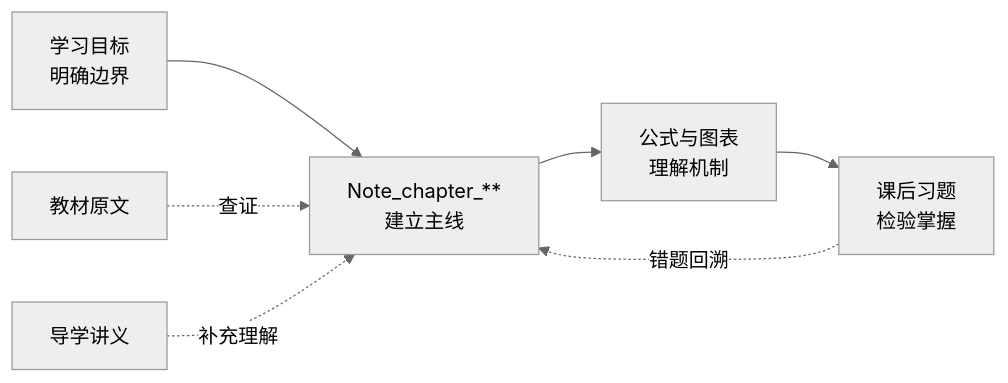
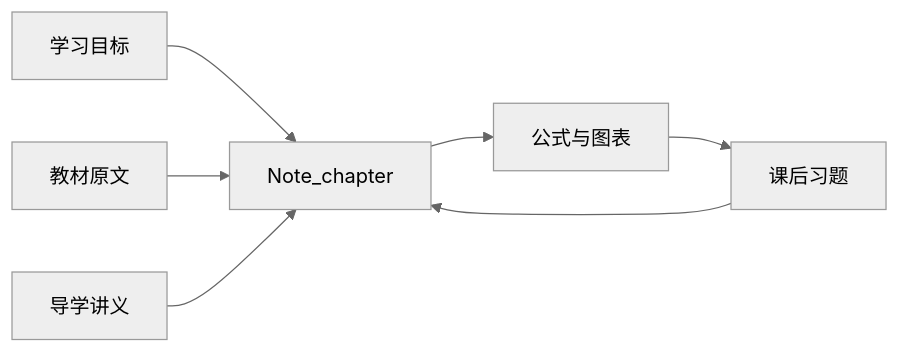
Before and after one commit to TiiJeiJ8/Cryptography-and-Network-Security-Principle-and-Practice-Eight-Edition-0857: the diagram in README.md, drawn with Mermaid (neutral theme).

````diff
--- a/README.md
+++ b/README.md
@@ -39,9 +39,9 @@
 ```mermaid
-flowchart LR
-    A["学习目标<br/>明确边界"] --> B["Note_chapter_**<br/>建立主线"]
-    B --> C["公式与图表<br/>理解机制"]
-    C --> D["课后习题<br/>检验掌握"]
-    D -. 错题回溯 .-> B
-    E["教材原文"] -. 查证 .-> B
-    F["导学讲义"] -. 补充理解 .-> B
+graph LR
+    A[学习目标] --> B[Note_chapter]
+    B --> C[公式与图表]
+    C --> D[课后习题]
+    D --> B
+    E[教材原文] --> B
+    F[导学讲义] --> B
 ```
````
